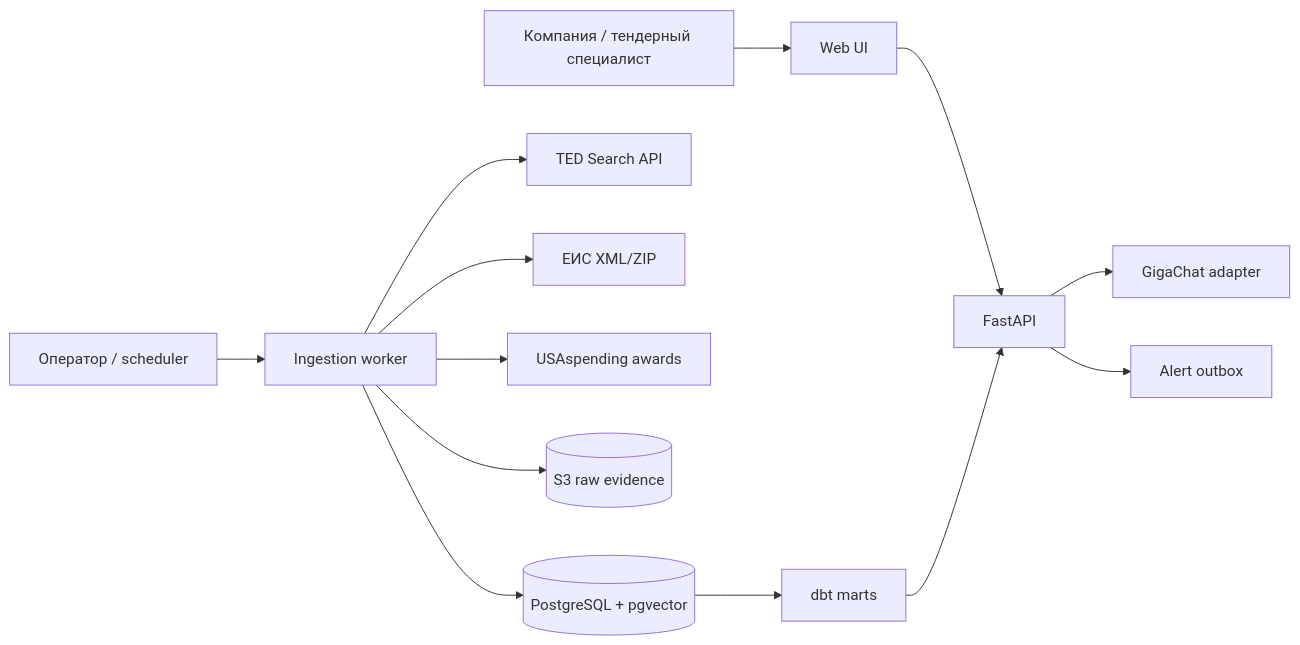
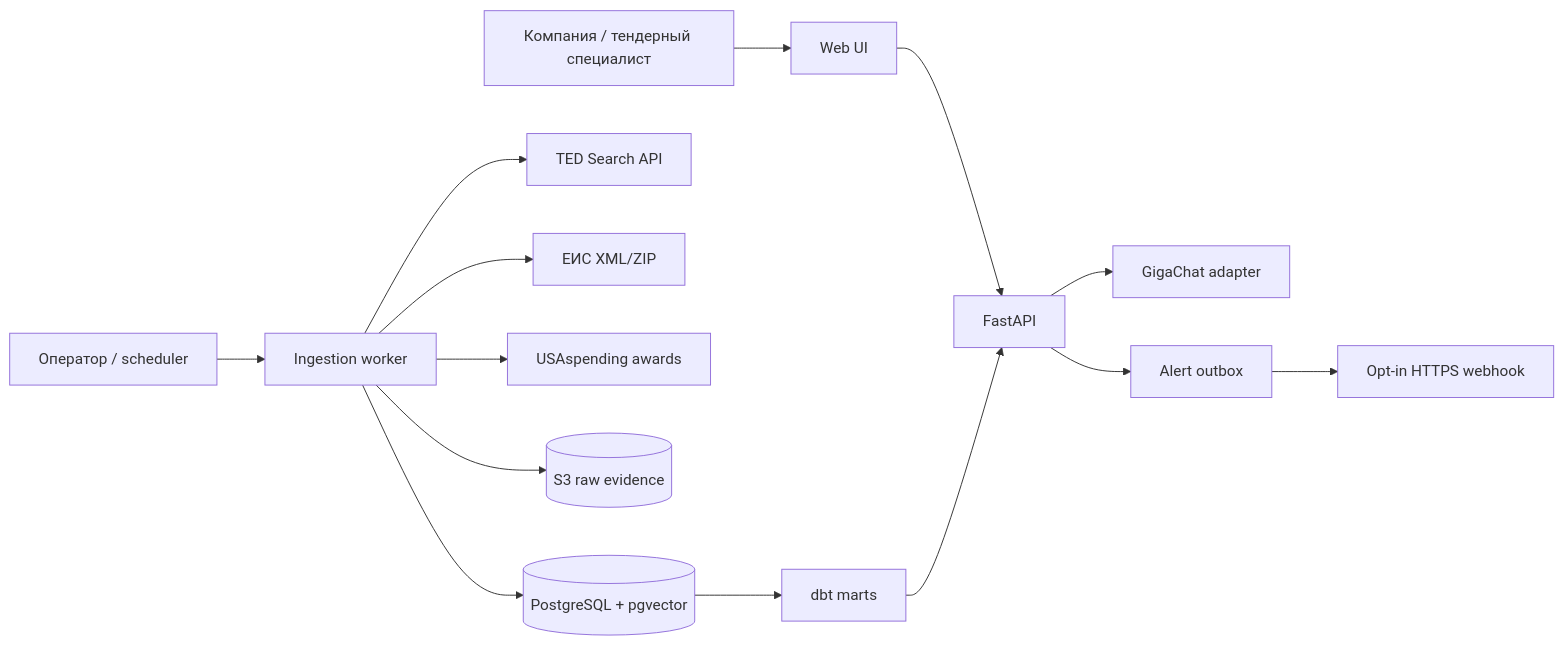
One commit to TBWTK/TenderPulse changed the first of 2 diagrams in docs/ARCHITECTURE.md. Above: the diagram before and after it, drawn with Mermaid. The commit also changed other lines of this file and 33 other files, not shown here.

````diff
--- a/docs/ARCHITECTURE.md
+++ b/docs/ARCHITECTURE.md
@@ -19,13 +19,14 @@
 ```mermaid
 flowchart LR
   Company["Компания / тендерный специалист"] --> Web["Web UI"] --> API["FastAPI"]
   Operator["Оператор / scheduler"] --> Worker["Ingestion worker"]
   Worker --> TED["TED Search API"]
   Worker --> EIS["ЕИС XML/ZIP"]
   Worker --> USA["USAspending awards"]
   Worker --> Raw[("S3 raw evidence")]
   Worker --> DB[("PostgreSQL + pgvector")]
   DB --> DBT["dbt marts"] --> API
   API --> Giga["GigaChat adapter"]
   API --> Alerts["Alert outbox"]
+  Alerts --> Hook["Opt-in HTTPS webhook"]
 ```
````
